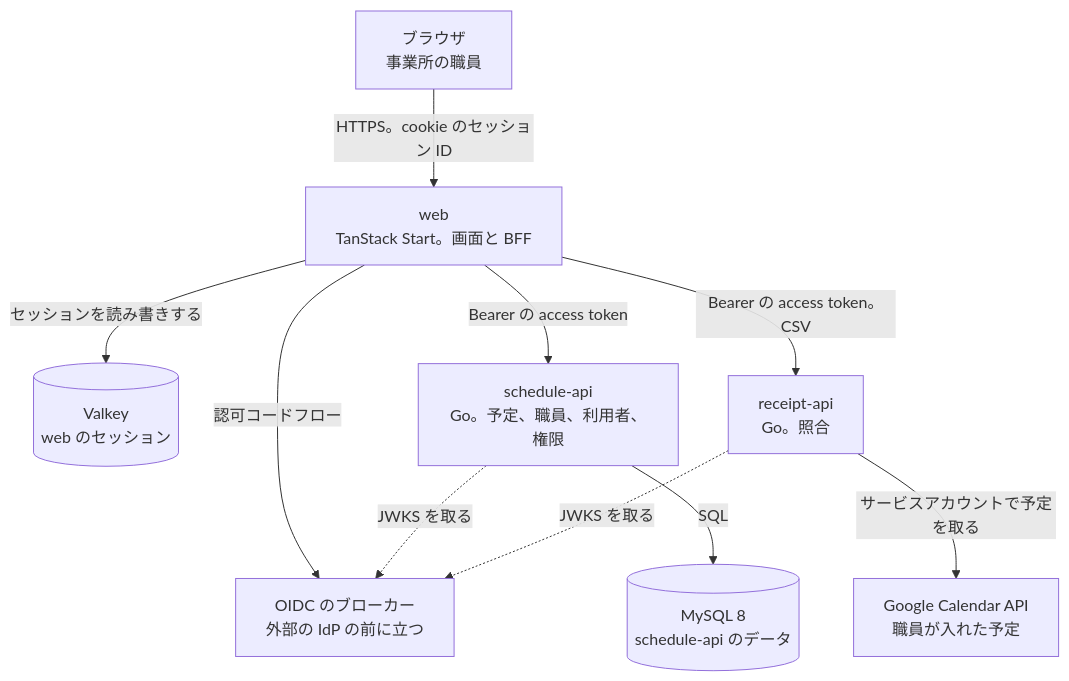
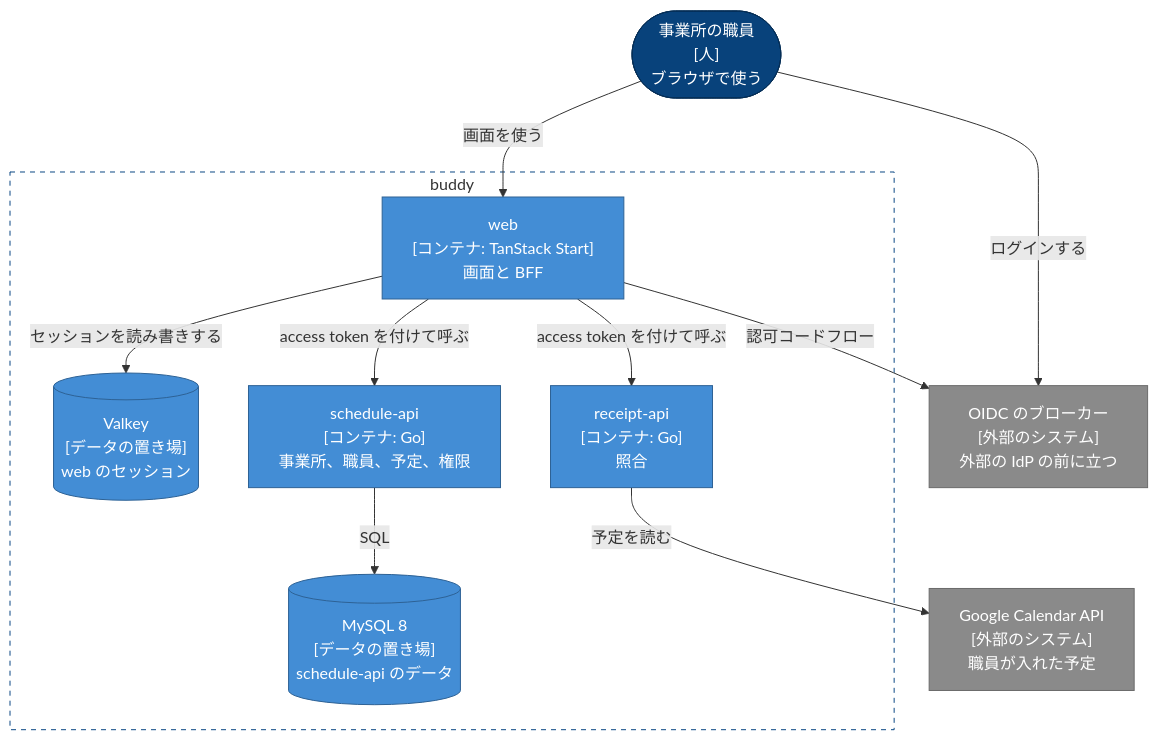
The diagram in docs/design/DesignDoc.md (Fukuemon/buddy), drawn with Mermaid before and after one commit. The commit also changed other lines of this file, not shown here.

Commit message:
docs: 全体の Design Doc の重なりを削り、図の要素の種類と境界を描き分ける #80

````diff
--- a/docs/design/DesignDoc.md
+++ b/docs/design/DesignDoc.md
@@ -47,21 +46,28 @@
 ```mermaid
 flowchart TB
-  browser["ブラウザ<br/>事業所の職員"]
-  web["web<br/>TanStack Start。画面と BFF"]
-  valkey[("Valkey<br/>web のセッション")]
-  broker["OIDC のブローカー<br/>外部の IdP の前に立つ"]
-  schedule["schedule-api<br/>Go。予定、職員、利用者、権限"]
-  receipt["receipt-api<br/>Go。照合"]
-  mysql[("MySQL 8<br/>schedule-api のデータ")]
-  gcal["Google Calendar API<br/>職員が入れた予定"]
-
-  browser -- "HTTPS。cookie のセッション ID" --> web
+  staff(["事業所の職員<br/>[人]<br/>ブラウザで使う"])
+  broker["OIDC のブローカー<br/>[外部のシステム]<br/>外部の IdP の前に立つ"]
+  subgraph buddy["buddy"]
+    web["web<br/>[コンテナ: TanStack Start]<br/>画面と BFF"]
+    valkey[("Valkey<br/>[データの置き場]<br/>web のセッション")]
+    schedule["schedule-api<br/>[コンテナ: Go]<br/>事業所、職員、予定、権限"]
+    receipt["receipt-api<br/>[コンテナ: Go]<br/>照合"]
+    mysql[("MySQL 8<br/>[データの置き場]<br/>schedule-api のデータ")]
+  end
+  gcal["Google Calendar API<br/>[外部のシステム]<br/>職員が入れた予定"]
+  staff -- "画面を使う" --> web
+  staff -- "ログインする" --> broker
   web -- "認可コードフロー" --> broker
   web -- "セッションを読み書きする" --> valkey
-  web -- "Bearer の access token" --> schedule
-  web -- "Bearer の access token。CSV" --> receipt
-  receipt -- "サービスアカウントで予定を取る" --> gcal
+  web -- "access token を付けて呼ぶ" --> schedule
+  web -- "access token を付けて呼ぶ" --> receipt
   schedule -- "SQL" --> mysql
-  schedule -. "JWKS を取る" .-> broker
-  receipt -. "JWKS を取る" .-> broker
+  receipt -- "予定を読む" --> gcal
+  classDef person fill:#08427b,stroke:#052e56,color:#fff
+  classDef container fill:#438dd5,stroke:#2e6295,color:#fff
+  classDef external fill:#8a8a8a,stroke:#6b6b6b,color:#fff
+  class staff person
+  class web,valkey,schedule,receipt,mysql container
+  class broker,gcal external
+  style buddy fill:none,stroke:#0b4884,stroke-dasharray:5 5
 ```
````
